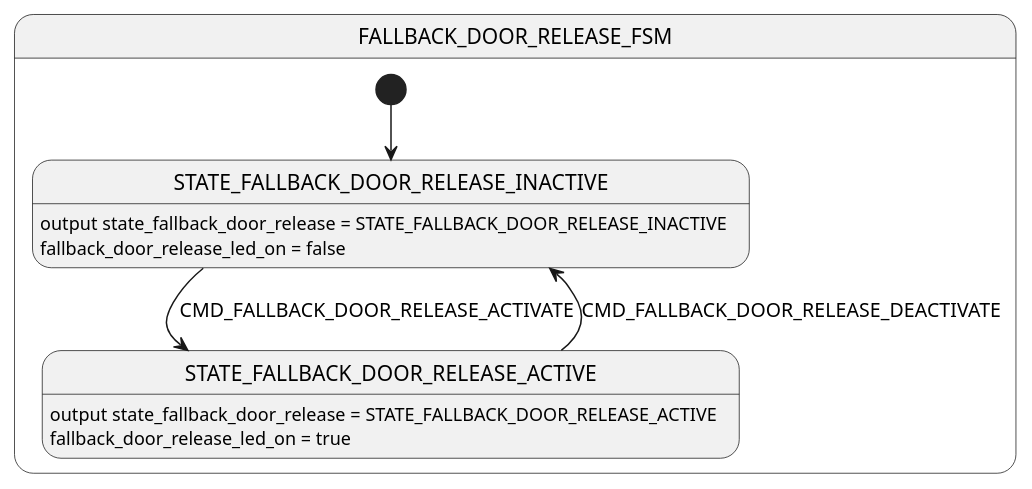
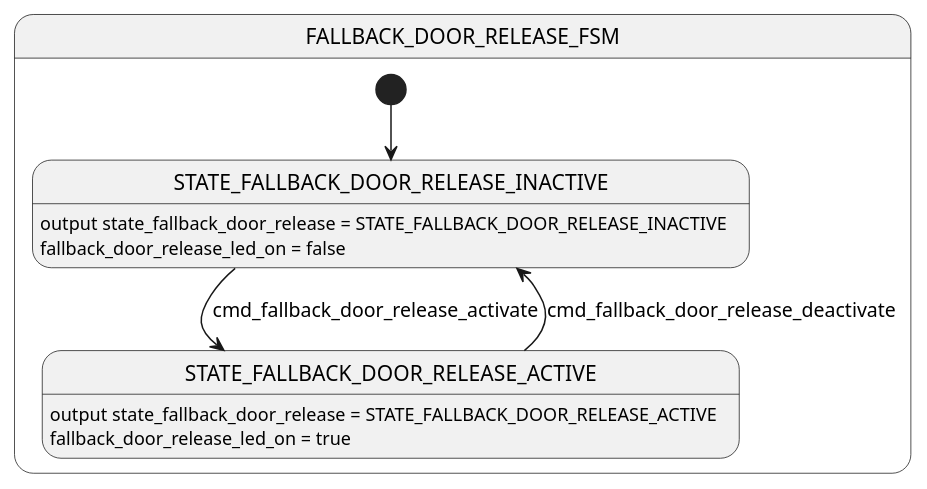
Before and after one commit to paetzholdt/CANRepo: the diagram in docs/models/state_machines/node-door-controller/fallback_door_release_fsm.puml, drawn with PlantUML. The commit also changed 7 other files, not shown here.

```diff
--- a/docs/models/state_machines/node-door-controller/fallback_door_release_fsm.puml
+++ b/docs/models/state_machines/node-door-controller/fallback_door_release_fsm.puml
@@ -1,21 +1,21 @@
 @startuml fallback_door_release_fsm
 
 state FALLBACK_DOOR_RELEASE_FSM {
     [*] --> STATE_FALLBACK_DOOR_RELEASE_INACTIVE
     state STATE_FALLBACK_DOOR_RELEASE_INACTIVE
     state STATE_FALLBACK_DOOR_RELEASE_ACTIVE
 
     STATE_FALLBACK_DOOR_RELEASE_INACTIVE: output state_fallback_door_release = STATE_FALLBACK_DOOR_RELEASE_INACTIVE
     STATE_FALLBACK_DOOR_RELEASE_INACTIVE: fallback_door_release_led_on = false
 
 
     STATE_FALLBACK_DOOR_RELEASE_ACTIVE: output state_fallback_door_release = STATE_FALLBACK_DOOR_RELEASE_ACTIVE
     STATE_FALLBACK_DOOR_RELEASE_ACTIVE: fallback_door_release_led_on = true
 
-    STATE_FALLBACK_DOOR_RELEASE_INACTIVE --> STATE_FALLBACK_DOOR_RELEASE_ACTIVE : CMD_FALLBACK_DOOR_RELEASE_ACTIVATE
-    STATE_FALLBACK_DOOR_RELEASE_ACTIVE --> STATE_FALLBACK_DOOR_RELEASE_INACTIVE : CMD_FALLBACK_DOOR_RELEASE_DEACTIVATE
+    STATE_FALLBACK_DOOR_RELEASE_INACTIVE --> STATE_FALLBACK_DOOR_RELEASE_ACTIVE : cmd_fallback_door_release_activate
+    STATE_FALLBACK_DOOR_RELEASE_ACTIVE --> STATE_FALLBACK_DOOR_RELEASE_INACTIVE : cmd_fallback_door_release_deactivate
 
 }
 
 
 @enduml
```
